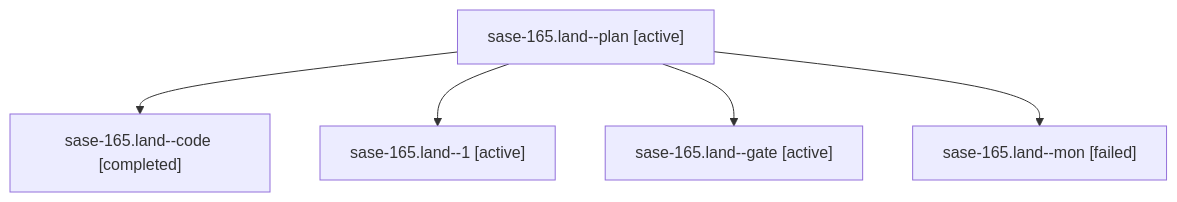
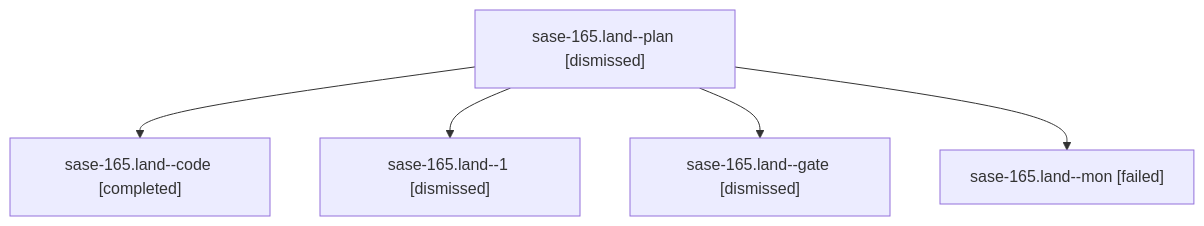
The diagram in sessions/bbugyi200.athena.sase-165.land.md (sase-org/sase--agents), drawn with Mermaid before and after one commit. The commit also changed other lines of this file and 93 other files, not shown here.

````diff
--- a/sessions/bbugyi200.athena.sase-165.land.md
+++ b/sessions/bbugyi200.athena.sase-165.land.md
@@ -9,12 +9,12 @@
 ```mermaid
 flowchart TD
-  n0["sase-165.land--plan [active]"]
+  n0["sase-165.land--plan [dismissed]"]
   n1["sase-165.land--code [completed]"]
   n0 --> n1
-  n2["sase-165.land--1 [active]"]
+  n2["sase-165.land--1 [dismissed]"]
   n0 --> n2
-  n3["sase-165.land--gate [active]"]
+  n3["sase-165.land--gate [dismissed]"]
   n0 --> n3
   n4["sase-165.land--mon [failed]"]
   n0 --> n4
 ```
````
